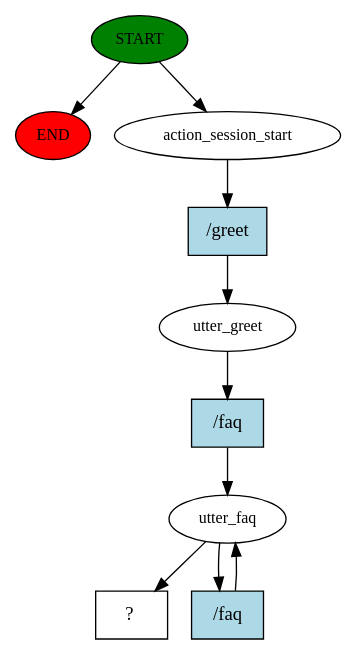
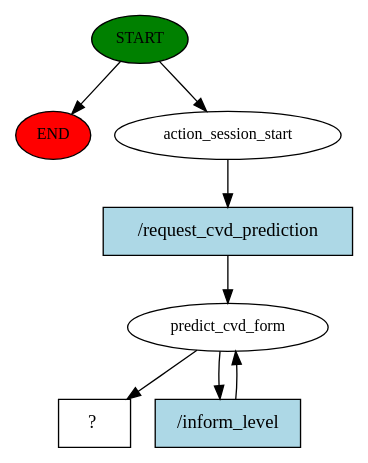
The diagram in rasa-chatbot/story_graph.dot (bianca-paula/BachelorThesis), drawn with Graphviz before and after one commit. The commit also changed 6 other files, not shown here.

```diff
--- a/rasa-chatbot/story_graph.dot
+++ b/rasa-chatbot/story_graph.dot
@@ -1,20 +1,16 @@
 digraph  {
 0 [class="start active", fillcolor=green, fontsize=12, label=START, style=filled];
 "-1" [class=end, fillcolor=red, fontsize=12, label=END, style=filled];
 1 [class=active, fontsize=12, label=action_session_start];
-2 [class=active, fontsize=12, label=utter_greet];
-3 [class=active, fontsize=12, label=utter_faq];
-6 [class="intent dashed active", label="  ?  ", shape=rect];
-7 [class="intent active", fillcolor=lightblue, label="/greet", shape=rect, style=filled];
-8 [class="intent active", fillcolor=lightblue, label="/faq", shape=rect, style=filled];
-9 [class="intent active", fillcolor=lightblue, label="/faq", shape=rect, style=filled];
+2 [class=active, fontsize=12, label=predict_cvd_form];
+5 [class="intent dashed active", label="  ?  ", shape=rect];
+6 [class="intent active", fillcolor=lightblue, label="/request_cvd_prediction", shape=rect, style=filled];
+7 [class="intent active", fillcolor=lightblue, label="/inform_level", shape=rect, style=filled];
 0 -> "-1"  [class="", key=NONE, label=""];
 0 -> 1  [class=active, key=NONE, label=""];
-1 -> 7  [class=active, key=0];
-2 -> 8  [class=active, key=0];
-3 -> 6  [class=active, key=NONE, label=""];
-3 -> 9  [class=active, key=0];
+1 -> 6  [class=active, key=0];
+2 -> 5  [class=active, key=NONE, label=""];
+2 -> 7  [class=active, key=0];
+6 -> 2  [class=active, key=0];
 7 -> 2  [class=active, key=0];
-8 -> 3  [class=active, key=0];
-9 -> 3  [class=active, key=0];
 }
```
